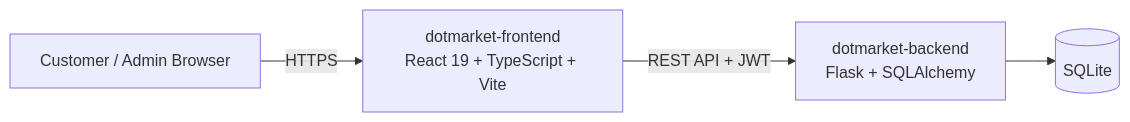
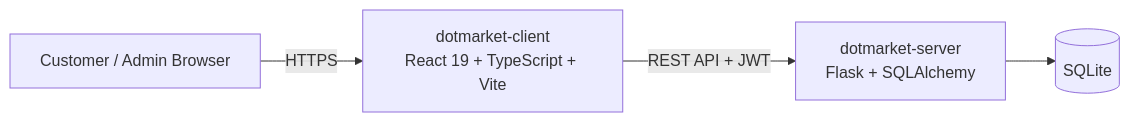
One commit to dotcomico/dotmarket changed the diagram in Readme.md. Above: the diagram before and after it, drawn with Mermaid. The commit also changed other lines of this file, not shown here.

````diff
--- a/Readme.md
+++ b/Readme.md
@@ -90,6 +106,6 @@
 ```mermaid
 flowchart LR
-    U["Customer / Admin Browser"] -->|HTTPS| FE["dotmarket-frontend\nReact 19 + TypeScript + Vite"]
-    FE -->|REST API + JWT| BE["dotmarket-backend\nFlask + SQLAlchemy"]
+    U["Customer / Admin Browser"] -->|HTTPS| FE["dotmarket-client\nReact 19 + TypeScript + Vite"]
+    FE -->|REST API + JWT| BE["dotmarket-server\nFlask + SQLAlchemy"]
     BE --> DB[("SQLite")]
 ```
````
